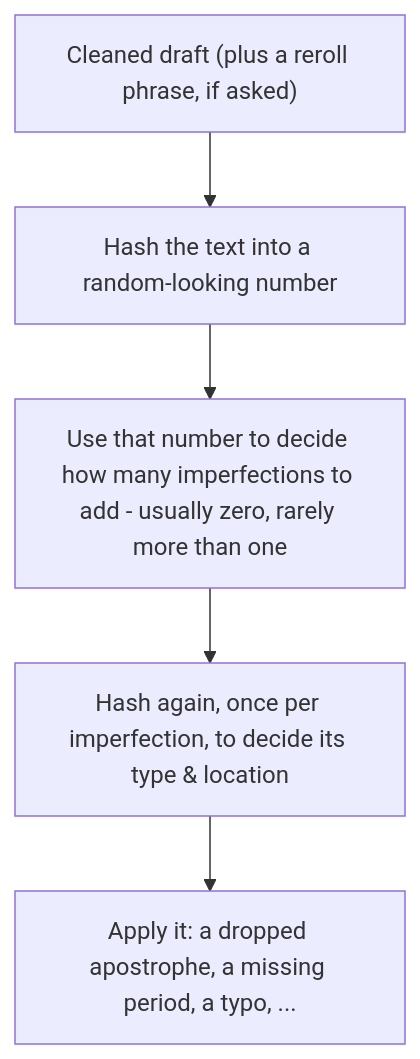
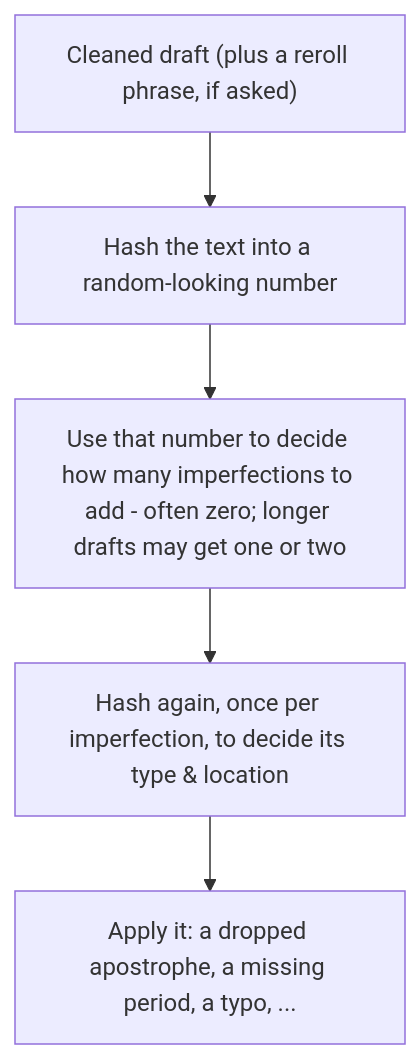
One commit to wilu222/unpolish-ai-writing changed the diagram in README.md. Above: the diagram before and after it, drawn with Mermaid. The commit also changed other lines of this file and 2 other files, not shown here.

````diff
--- a/README.md
+++ b/README.md
@@ -82,7 +82,7 @@
 ```mermaid
 flowchart TD
   draft["Cleaned draft (plus a reroll phrase, if asked)"] --> hash1["Hash the text into a random-looking number"]
-  hash1 --> count["Use that number to decide how many imperfections to add - usually zero, rarely more than one"]
+  hash1 --> count["Use that number to decide how many imperfections to add - often zero; longer drafts may get one or two"]
   count --> hash2["Hash again, once per imperfection, to decide its type & location"]
   hash2 --> apply["Apply it: a dropped apostrophe, a missing period, a typo, ..."]
 ```
````
